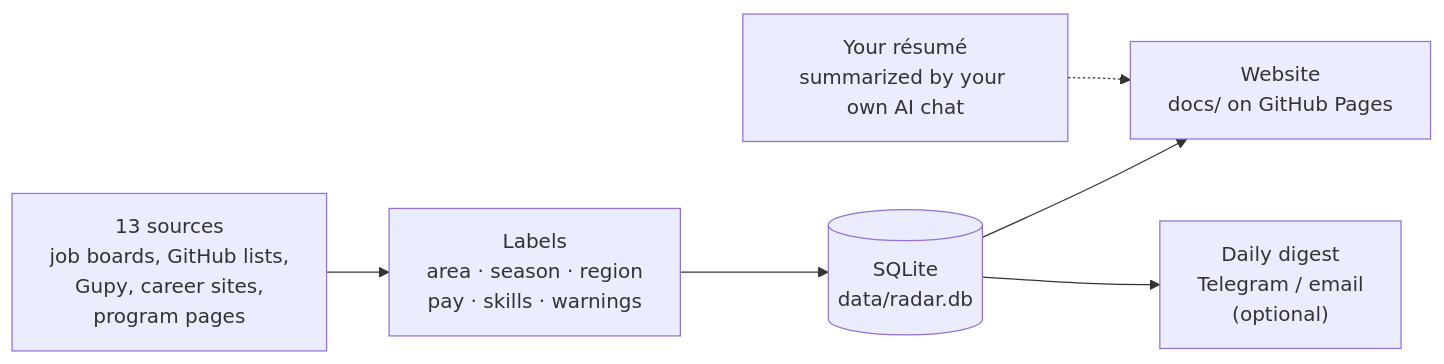
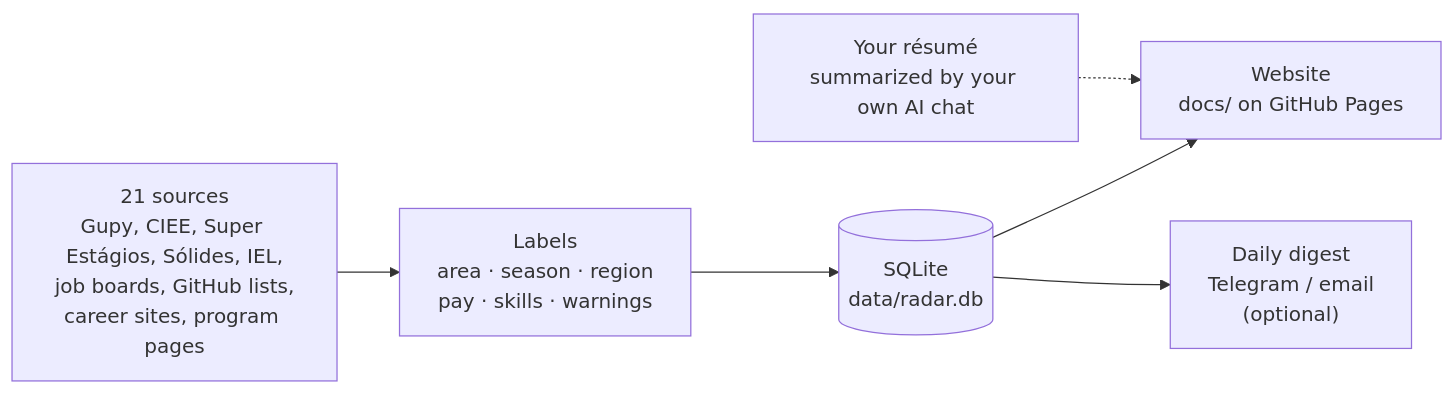
The diagram in README.en.md (PedroCamargoLINCE/opportunity-radar), drawn with Mermaid before and after one commit. The commit also changed other lines of this file and 6 other files, not shown here.

````diff
--- a/README.en.md
+++ b/README.en.md
@@ -76,8 +78,8 @@
 ```mermaid
 flowchart LR
-    A["13 sources<br/>job boards, GitHub lists,<br/>Gupy, career sites,<br/>program pages"] --> B["Labels<br/>area · season · region<br/>pay · skills · warnings"]
+    A["21 sources<br/>Gupy, CIEE, Super Estágios, Sólides, IEL,<br/>job boards, GitHub lists,<br/>career sites, program pages"] --> B["Labels<br/>area · season · region<br/>pay · skills · warnings"]
     B --> C[("SQLite<br/>data/radar.db")]
     R["Your résumé<br/>summarized by your own AI chat"] -.-> D
     C --> D["Website<br/>docs/ on GitHub Pages"]
     C --> E["Daily digest<br/>Telegram / email<br/>(optional)"]
 ```
````
